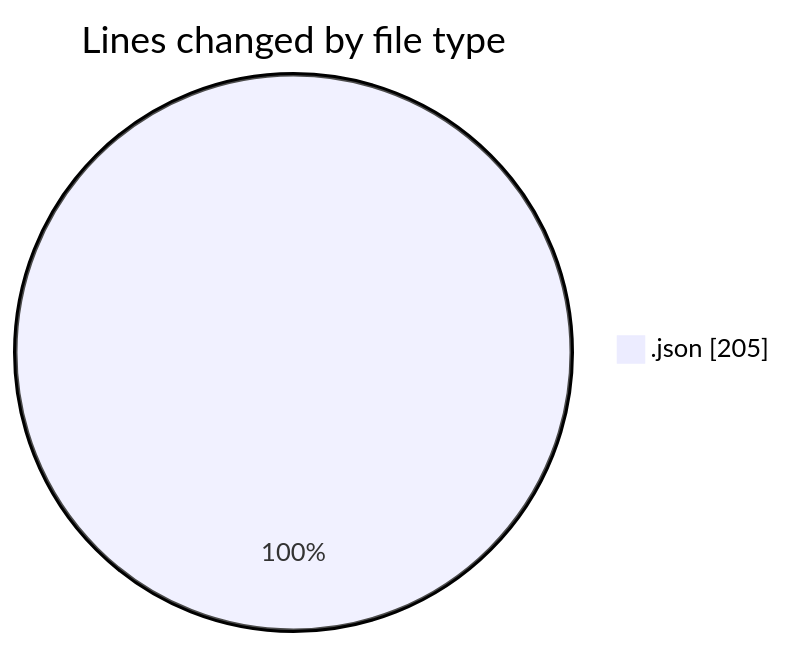
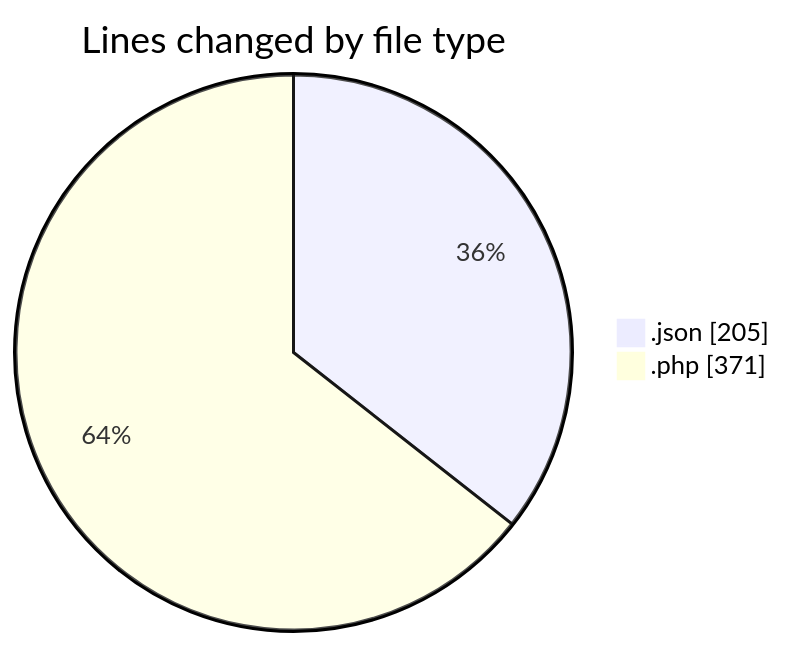
One commit to idhammustaqopulfikri/code-tracking changed the first of 2 diagrams in 2025-04-11/test/README.md. Above: the diagram before and after it, drawn with Mermaid. The commit also changed other lines of this file and 1 other file, not shown here.

````diff
--- a/2025-04-11/test/README.md
+++ b/2025-04-11/test/README.md
@@ -20,5 +22,6 @@
 ```mermaid
 pie showData
 title Lines changed by file type
 ".json" : 205
+".php" : 371
 ```
````
